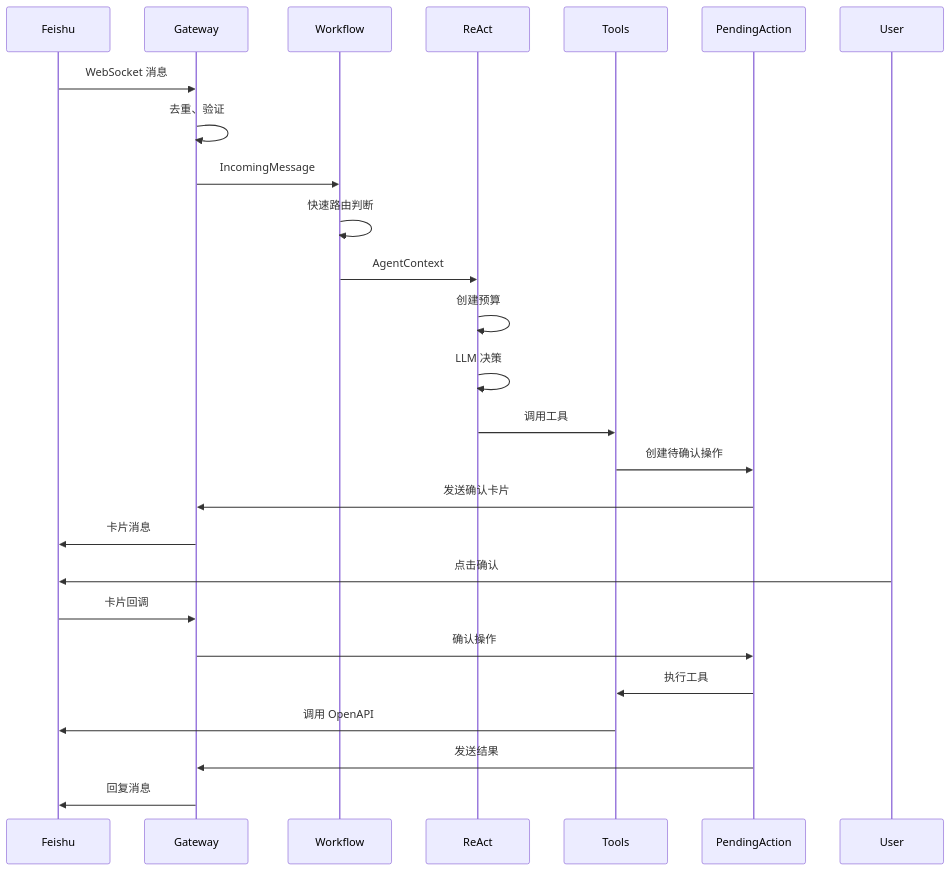
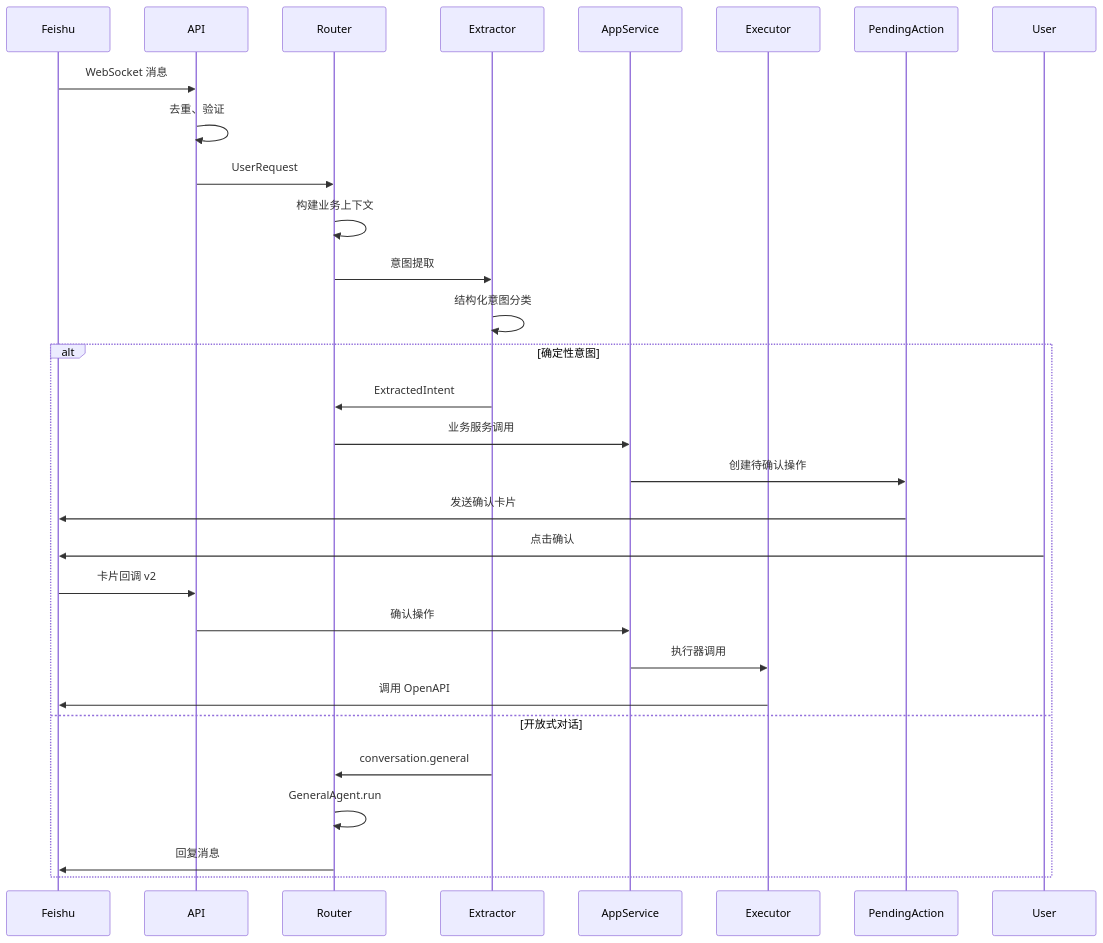
Before and after one commit to YiHarvest/song-agent-feishu: the diagram in docs/song-agent-2.1.md, drawn with Mermaid. The commit also changed other lines of this file, not shown here.

First line of the commit message:
docs: update song-agent-2.1 architecture documentation

````diff
--- a/docs/song-agent-2.1.md
+++ b/docs/song-agent-2.1.md
@@ -89,29 +114,34 @@
 ```mermaid
 sequenceDiagram
     participant Feishu
-    participant Gateway
-    participant Workflow
-    participant ReAct
-    participant Tools
+    participant API
+    participant Router
+    participant Extractor
+    participant AppService
+    participant Executor
     participant PendingAction
     participant User
 
-    Feishu->>Gateway: WebSocket 消息
-    Gateway->>Gateway: 去重、验证
-    Gateway->>Workflow: IncomingMessage
-    Workflow->>Workflow: 快速路由判断
-    Workflow->>ReAct: AgentContext
-    ReAct->>ReAct: 创建预算
-    ReAct->>ReAct: LLM 决策
-    ReAct->>Tools: 调用工具
-    Tools->>PendingAction: 创建待确认操作
-    PendingAction->>Gateway: 发送确认卡片
-    Gateway->>Feishu: 卡片消息
-    User->>Feishu: 点击确认
-    Feishu->>Gateway: 卡片回调
-    Gateway->>PendingAction: 确认操作
-    PendingAction->>Tools: 执行工具
-    Tools->>Feishu: 调用 OpenAPI
-    PendingAction->>Gateway: 发送结果
-    Gateway->>Feishu: 回复消息
+    Feishu->>API: WebSocket 消息
+    API->>API: 去重、验证
+    API->>Router: UserRequest
+    Router->>Router: 构建业务上下文
+    Router->>Extractor: 意图提取
+    Extractor->>Extractor: 结构化意图分类
+    
+    alt 确定性意图
+        Extractor->>Router: ExtractedIntent
+        Router->>AppService: 业务服务调用
+        AppService->>PendingAction: 创建待确认操作
+        PendingAction->>Feishu: 发送确认卡片
+        User->>Feishu: 点击确认
+        Feishu->>API: 卡片回调 v2
+        API->>AppService: 确认操作
+        AppService->>Executor: 执行器调用
+        Executor->>Feishu: 调用 OpenAPI
+    else 开放式对话
+        Extractor->>Router: conversation.general
+        Router->>Router: GeneralAgent.run
+        Router->>Feishu: 回复消息
+    end
 ```
````
